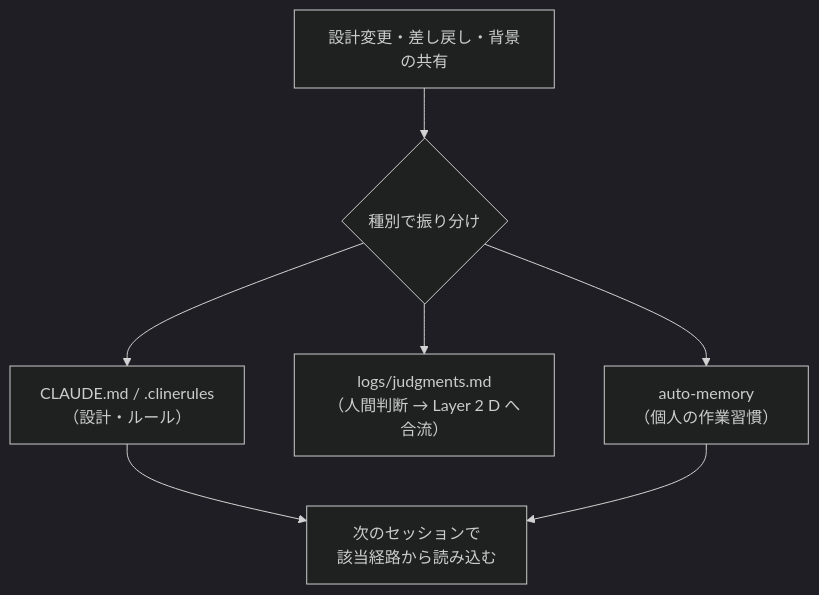
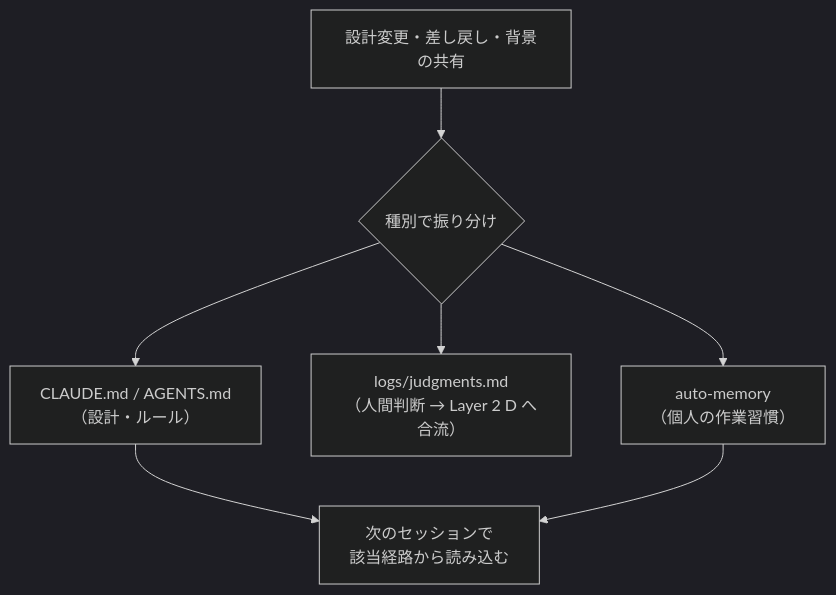
Before and after one commit to shinkawamisaki/gcp-base: the third of 7 diagrams in docs/QUALITY_FEEDBACK_LOOP.md, drawn with Mermaid (dark theme). The commit also changed other lines of this file and 15 other files, not shown here.

First line of the commit message:
[gcp-base] 憲法 .clinerules を AGENTS.md へ改名 (#42)

````diff
--- a/docs/QUALITY_FEEDBACK_LOOP.md
+++ b/docs/QUALITY_FEEDBACK_LOOP.md
@@ -73,16 +73,16 @@
 ```mermaid
 flowchart TD
     EVENT["設計変更・差し戻し・背景の共有"]
     R{種別で振り分け}
-    RULE["CLAUDE.md / .clinerules<br>（設計・ルール）"]
+    RULE["CLAUDE.md / AGENTS.md<br>（設計・ルール）"]
     JUDGE["logs/judgments.md<br>（人間判断 → Layer 2 D へ合流）"]
     MEM["auto-memory<br>（個人の作業習慣）"]
     NEXT["次のセッションで<br>該当経路から読み込む"]
 
     EVENT --> R
     R --> RULE
     R --> JUDGE
     R --> MEM
     RULE --> NEXT
     MEM --> NEXT
 ```
````
